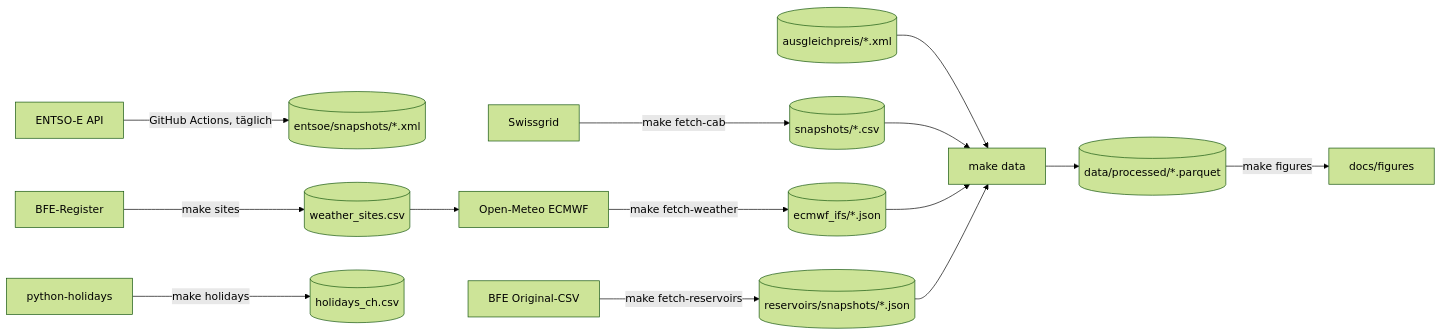
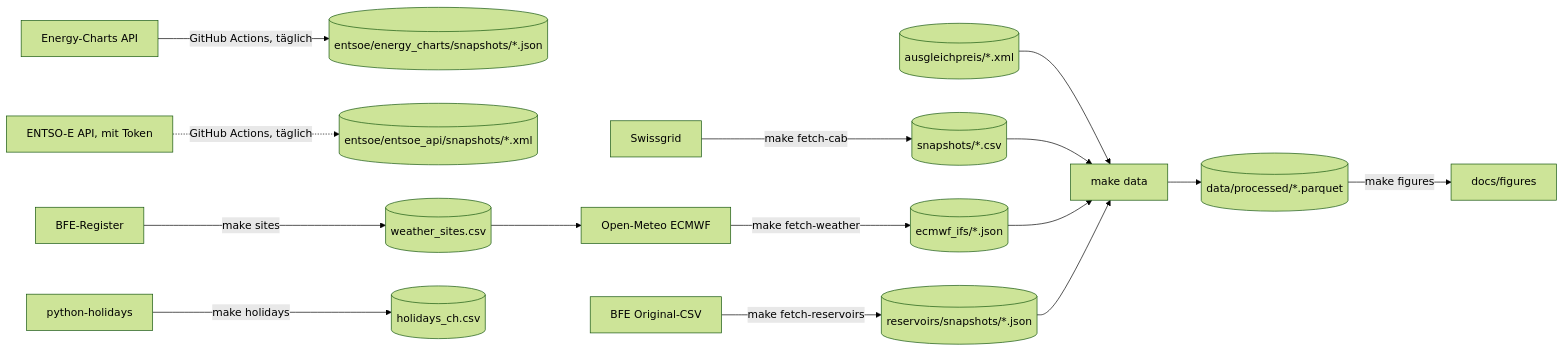
The second of 2 diagrams in docs/data.md (ibidreli/energy_price_prediction), drawn with Mermaid (forest theme) before and after one commit. The commit also changed other lines of this file and 12 other files, not shown here.

First line of the commit message:
feat: fetch the issue 37 data from Energy-Charts without a key (#37)

````diff
--- a/docs/data.md
+++ b/docs/data.md
@@ -484,16 +501,17 @@
 ```mermaid
 flowchart LR
     SG[Swissgrid] -->|make fetch-cab| CAB[(snapshots/*.csv)]
     OM[Open-Meteo ECMWF] -->|make fetch-weather| WX[(ecmwf_ifs/*.json)]
     BFECSV[BFE Original-CSV] -->|make fetch-reservoirs| RES[(reservoirs/snapshots/*.json)]
-    ENTSOE[ENTSO-E API] -->|GitHub Actions, täglich| ENT[(entsoe/snapshots/*.xml)]
+    EC[Energy-Charts API] -->|GitHub Actions, täglich| ENT[(entsoe/energy_charts/snapshots/*.json)]
+    ENTSOE[ENTSO-E API, mit Token] -.->|GitHub Actions, täglich| ENTX[(entsoe/entsoe_api/snapshots/*.xml)]
     BFE[BFE-Register] -->|make sites| SITES[(weather_sites.csv)]
     SITES --> OM
     PY[python-holidays] -->|make holidays| HOL[(holidays_ch.csv)]
     AEP[(ausgleichpreis/*.xml)] --> DATA
     CAB --> DATA[make data]
     WX --> DATA
     RES --> DATA
     DATA --> PQ[(data/processed/*.parquet)]
     PQ -->|make figures| FIG[docs/figures]
 ```
````
